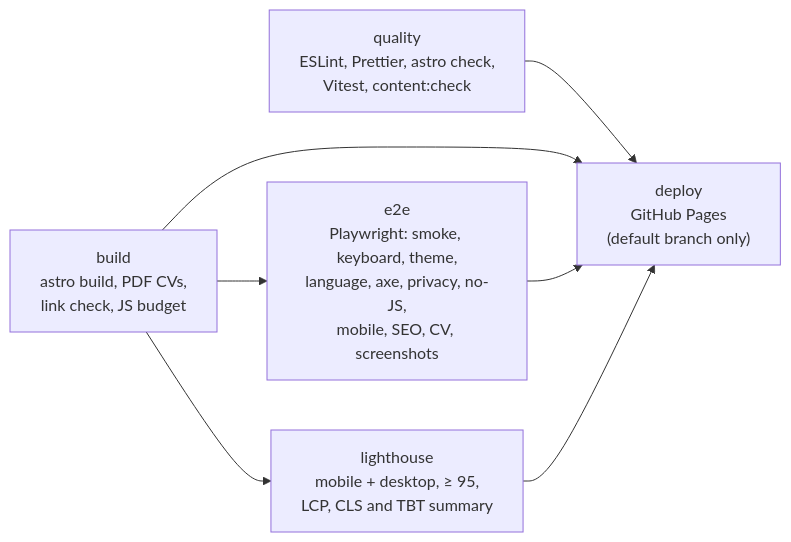
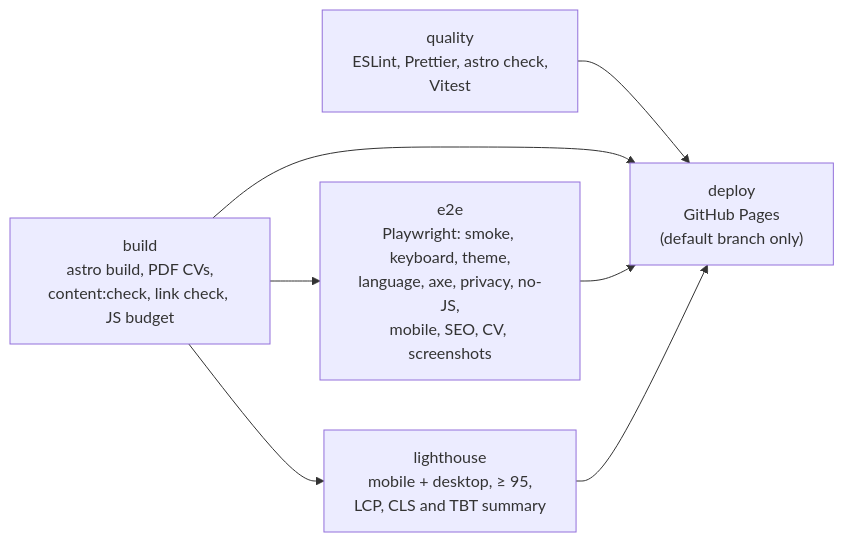
Before and after one commit to Medlkhl/medlkhl2.github.io: the third of 3 diagrams in ARCHITECTURE.md, drawn with Mermaid. The commit also changed 3 other files, not shown here.

First line of the commit message:
Count only missing content in content:check, and run it after the build

````diff
--- a/ARCHITECTURE.md
+++ b/ARCHITECTURE.md
@@ -140,14 +140,14 @@
 ```mermaid
 flowchart LR
-  Q["quality<br/>ESLint, Prettier, astro check,<br/>Vitest, content:check"]
-  B["build<br/>astro build, PDF CVs,<br/>link check, JS budget"]
+  Q["quality<br/>ESLint, Prettier, astro check,<br/>Vitest"]
+  B["build<br/>astro build, PDF CVs,<br/>content:check, link check, JS budget"]
   E["e2e<br/>Playwright: smoke, keyboard, theme,<br/>language, axe, privacy, no-JS,<br/>mobile, SEO, CV, screenshots"]
   L["lighthouse<br/>mobile + desktop, ≥ 95,<br/>LCP, CLS and TBT summary"]
   D["deploy<br/>GitHub Pages<br/>(default branch only)"]
   B --> E
   B --> L
   Q --> D
   B --> D
   E --> D
   L --> D
 ```
````
